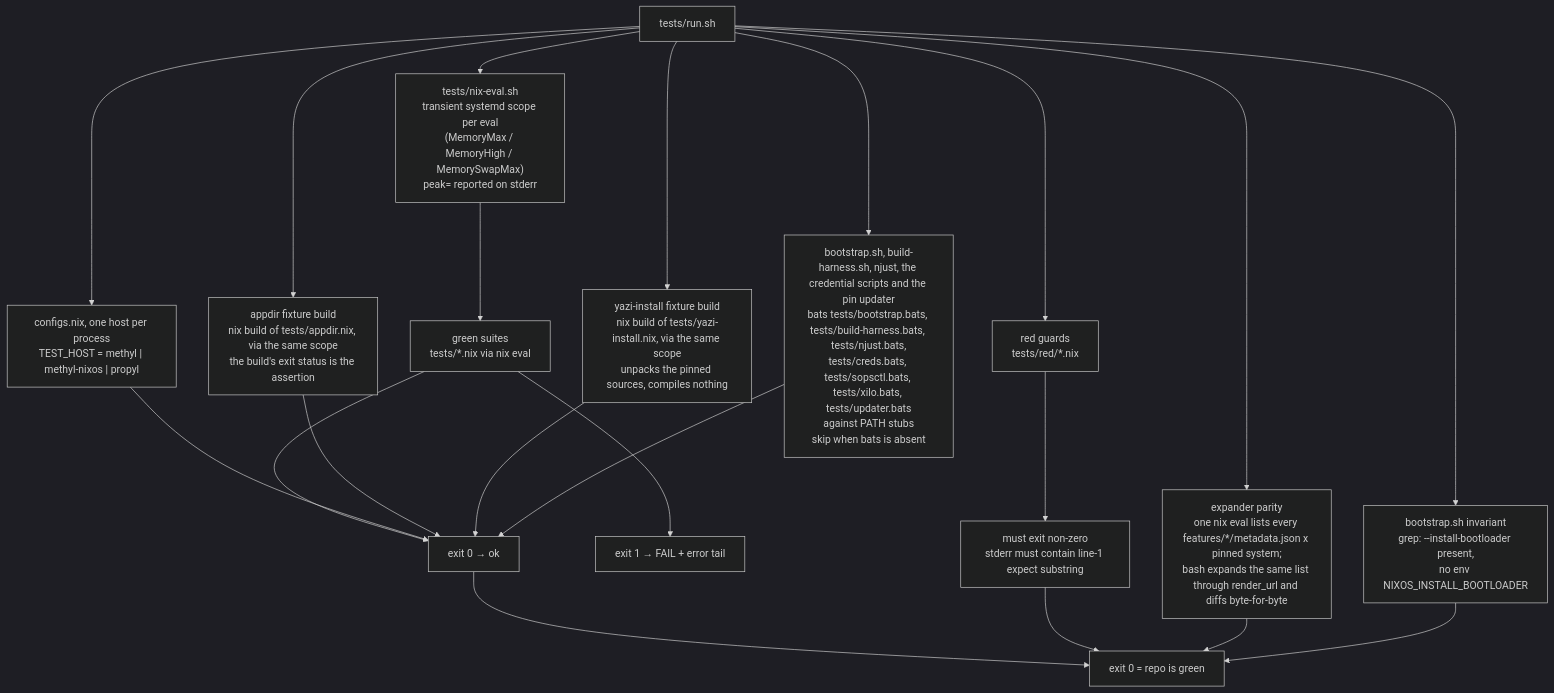
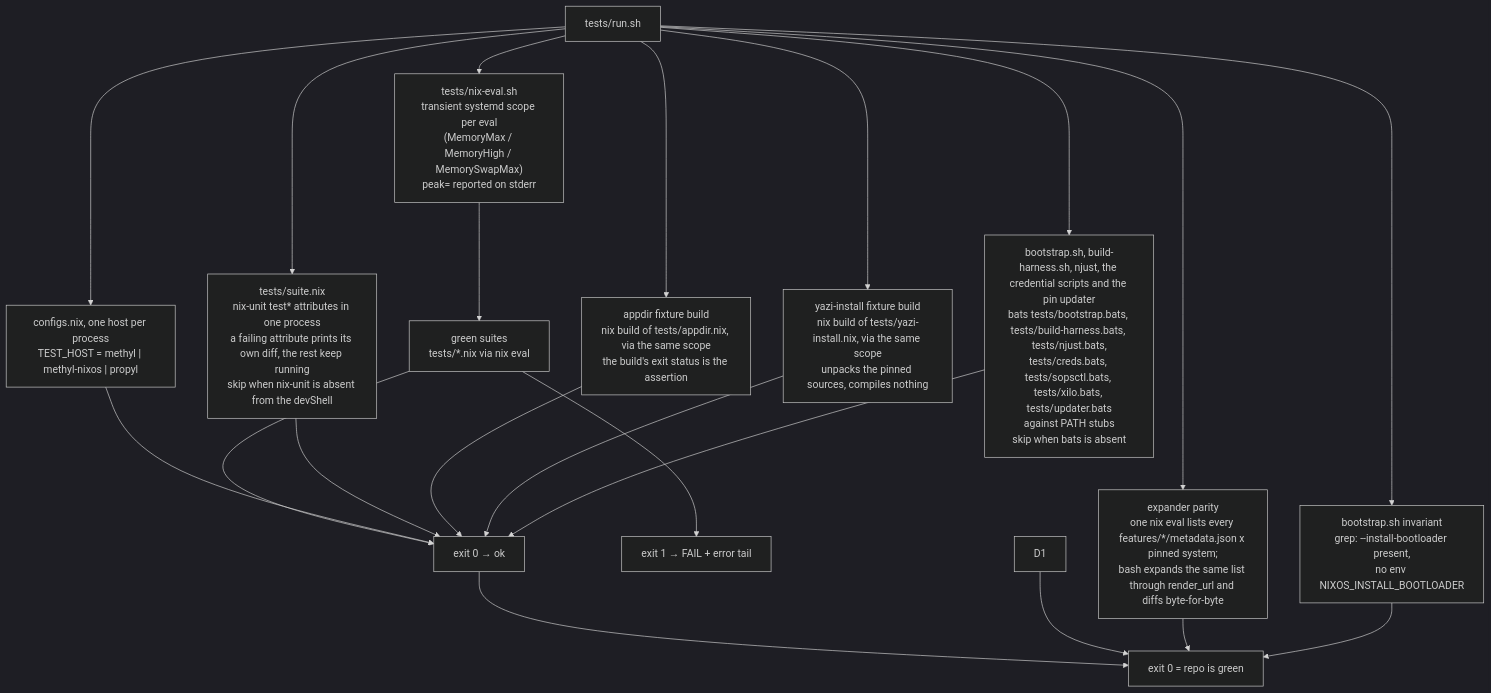
One commit to WombatFromHell/automatic-palm-tree changed the first of 5 diagrams in TEST_DESIGN.md. Above: the diagram before and after it, drawn with Mermaid (dark theme). The commit also changed other lines of this file and 24 other files, not shown here.

First line of the commit message:
tests: delete the tests/red tier; must-throw checks are expectedError attributes

````diff
--- a/TEST_DESIGN.md
+++ b/TEST_DESIGN.md
@@ -16,23 +19,23 @@
 ```mermaid
 flowchart TD
   R["tests/run.sh"] --> N["tests/nix-eval.sh<br/>transient systemd scope per eval<br/>(MemoryMax / MemoryHigh / MemorySwapMax)<br/>peak= reported on stderr"]
   N --> G["green suites<br/>tests/*.nix via nix eval"]
   G --> G1["exit 0 → ok"]
   G --> G2["exit 1 → FAIL + error tail"]
   R --> C["configs.nix, one host per process<br/>TEST_HOST = methyl | methyl-nixos | propyl"]
   C --> G1
-  R --> D["red guards<br/>tests/red/*.nix"]
-  D --> D1["must exit non-zero<br/>stderr must contain line-1 expect substring"]
+  R --> U["tests/suite.nix<br/>nix-unit test* attributes in one process<br/>a failing attribute prints its own diff, the rest keep running<br/>skip when nix-unit is absent from the devShell"]
+  U --> G1
   R --> P["expander parity<br/>one nix eval lists every features/*/metadata.json x pinned system;<br/>bash expands the same list through render_url and diffs byte-for-byte"]
   R --> B["bootstrap.sh invariant<br/>grep: --install-bootloader present,<br/>no env NIXOS_INSTALL_BOOTLOADER"]
   R --> A["appdir fixture build<br/>nix build of tests/appdir.nix, via the same scope<br/>the build's exit status is the assertion"]
   A --> G1
   R --> Y["yazi-install fixture build<br/>nix build of tests/yazi-install.nix, via the same scope<br/>unpacks the pinned sources, compiles nothing"]
   Y --> G1
   R --> I["bootstrap.sh, build-harness.sh, njust, the credential scripts and the pin updater<br/>bats tests/bootstrap.bats, tests/build-harness.bats, tests/njust.bats,<br/>tests/creds.bats, tests/sopsctl.bats, tests/xilo.bats, tests/updater.bats<br/>against PATH stubs<br/>skip when bats is absent"]
   I --> G1
   G1 --> X["exit 0 = repo is green"]
   D1 --> X
   P --> X
   B --> X
 ```
````
